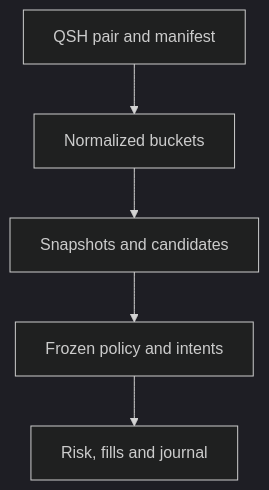
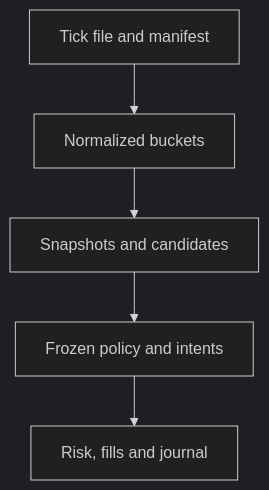
The diagram in project/Documentation/OrderFlow/TESTING_AND_QUALIFICATION.md (2Rukin/OsEngine), drawn with Mermaid (dark theme) before and after one commit. The commit also changed other lines of this file and 71 other files, not shown here.

First line of the commit message:
feat(order-flow): add tick-based Cloud research and replay

````diff
--- a/project/Documentation/OrderFlow/TESTING_AND_QUALIFICATION.md
+++ b/project/Documentation/OrderFlow/TESTING_AND_QUALIFICATION.md
@@ -132,7 +223,7 @@
 ```mermaid
 flowchart TD
-    A["QSH pair and manifest"] --> B["Normalized buckets"]
+    A["Tick file and manifest"] --> B["Normalized buckets"]
     B --> C["Snapshots and candidates"]
     C --> D["Frozen policy and intents"]
     D --> E["Risk, fills and journal"]
 ```
````
